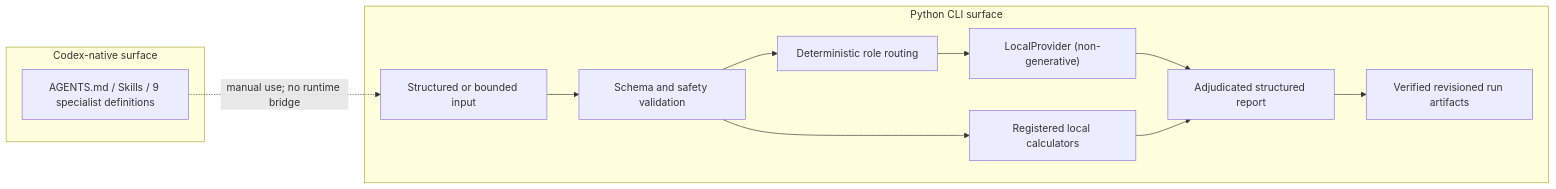
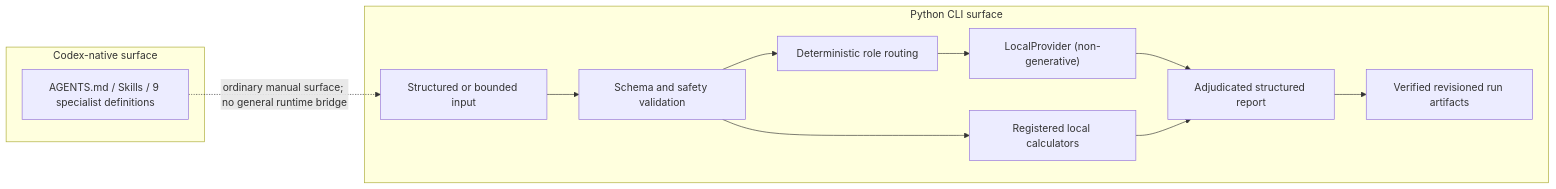
One commit to guriguri215-lang/poker-deliberation-framework changed the diagram in README.md. Above: the diagram before and after it, drawn with Mermaid. The commit also changed 10 other files, not shown here.

````diff
--- a/README.md
+++ b/README.md
@@ -75,18 +75,18 @@
 ```mermaid
 flowchart LR
   subgraph Codex["Codex-native surface"]
     C["AGENTS.md / Skills / 9 specialist definitions"]
   end
 
   subgraph Python["Python CLI surface"]
     I["Structured or bounded input"] --> V["Schema and safety validation"]
     V --> R["Deterministic role routing"]
     R --> L["LocalProvider (non-generative)"]
     V --> T["Registered local calculators"]
     L --> A["Adjudicated structured report"]
     T --> A
     A --> S["Verified revisioned run artifacts"]
   end
 
-  C -. "manual use; no runtime bridge" .-> I
+  C -. "ordinary manual surface; no general runtime bridge" .-> I
 ```
````
